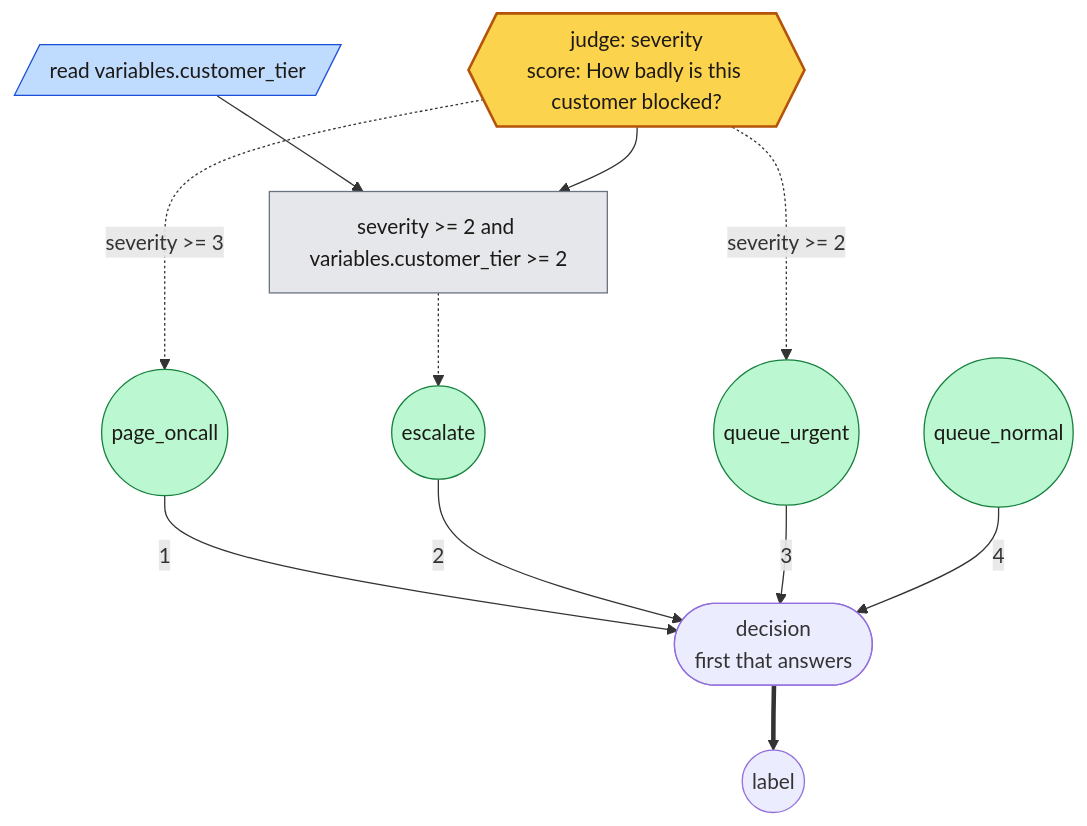
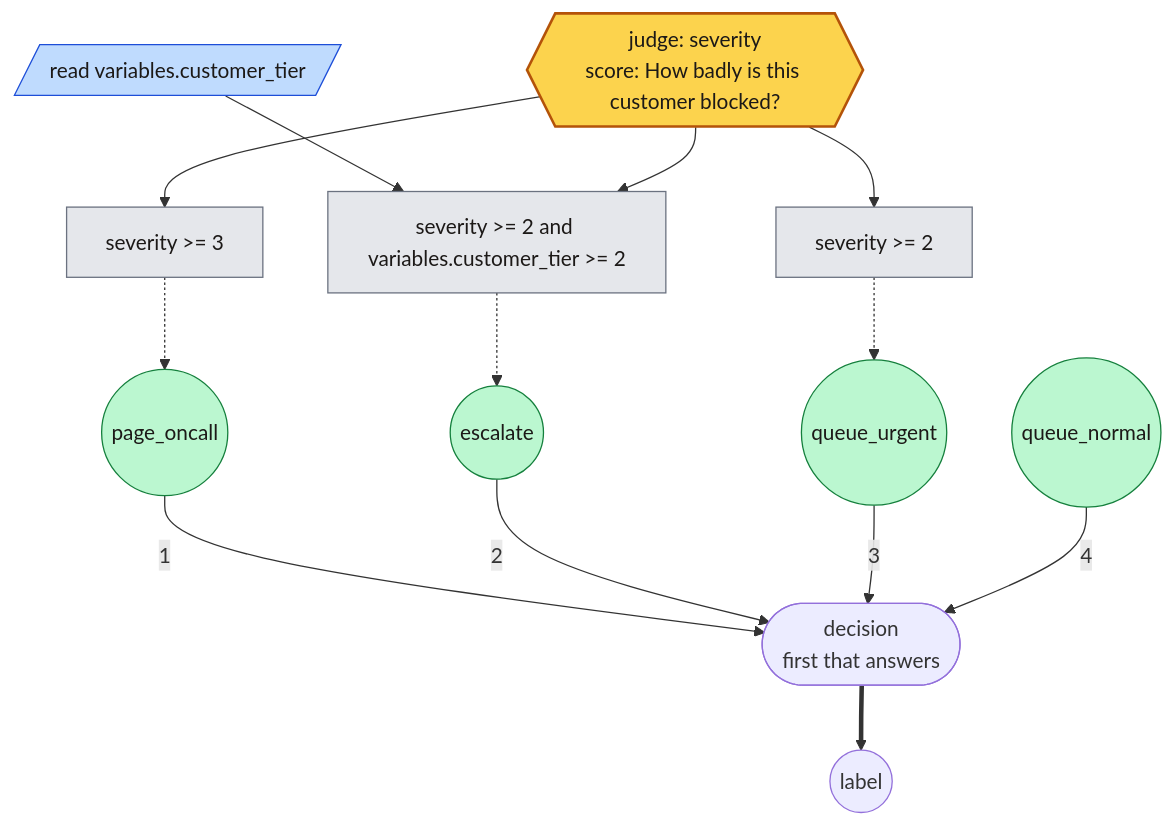
Before and after one commit to MCERQUA/rulesmith: the fifth of 8 diagrams in README.md, drawn with Mermaid. The commit also changed other lines of this file and 3 other files, not shown here.

First line of the commit message:
Draw every condition as a box, and every graph in the README with draw

````diff
--- a/README.md
+++ b/README.md
@@ -685,30 +701,34 @@
 ```mermaid
 flowchart TD
     n0[/"read variables.customer_tier"/]
     n1{{"judge: severity<br/>score: How badly is this customer blocked?"}}
     n2(("page_oncall"))
     n3(("escalate"))
     n4(("queue_urgent"))
     n5(("queue_normal"))
     n6(["decision<br/>first that answers"])
-    n1 -.->|"severity >= 3"| n2
-    c0["severity >= 2 and variables.customer_tier >= 2"]
-    n0 --> c0
+    c0["severity >= 3"]
     n1 --> c0
-    c0 -.-> n3
-    n1 -.->|"severity >= 2"| n4
+    c0 -.-> n2
+    c1["severity >= 2 and variables.customer_tier >= 2"]
+    n0 --> c1
+    n1 --> c1
+    c1 -.-> n3
+    c2["severity >= 2"]
+    n1 --> c2
+    c2 -.-> n4
     n2 -->|"1"| n6
     n3 -->|"2"| n6
     n4 -->|"3"| n6
     n5 -->|"4"| n6
     o0(("label"))
     n6 ==> o0
     classDef judge fill:#fcd34d,stroke:#b45309,stroke-width:2px,color:#1c1917
     class n1 judge
     classDef read fill:#bfdbfe,stroke:#1d4ed8,color:#1c1917
     class n0 read
     classDef rule fill:#bbf7d0,stroke:#15803d,color:#1c1917
     class n2,n3,n4,n5 rule
     classDef condition fill:#e5e7eb,stroke:#6b7280,color:#1c1917
-    class c0 condition
+    class c0,c1,c2 condition
 ```
````
